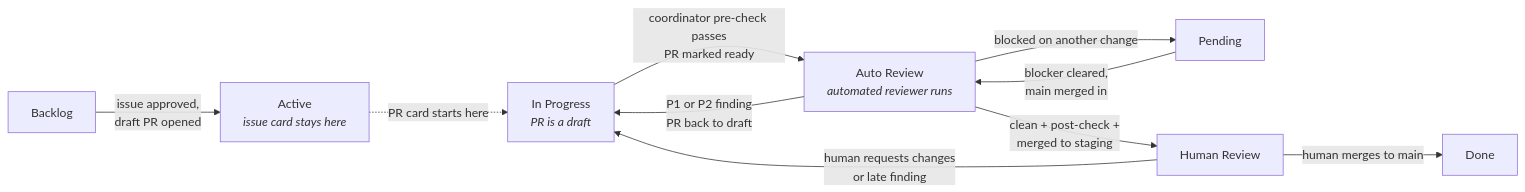
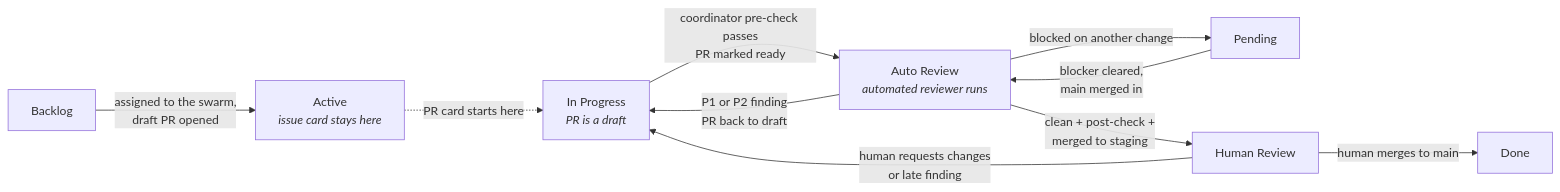
Before and after one commit to tangentcode/methodology: the diagram in diagrams-src/board.mmd, drawn with Mermaid. The commit also changed 9 other files, not shown here.

First line of the commit message:
Board: Active requires a swarm assignment and a real link

```diff
--- a/diagrams-src/board.mmd
+++ b/diagrams-src/board.mmd
@@ -1,10 +1,10 @@
 flowchart LR
-    B[Backlog] -->|issue approved,<br/>draft PR opened| AC[Active<br/><i>issue card stays here</i>]
+    B[Backlog] -->|assigned to the swarm,<br/>draft PR opened| AC[Active<br/><i>issue card stays here</i>]
     AC -.->|PR card starts here| IP[In Progress<br/><i>PR is a draft</i>]
     IP -->|coordinator pre-check passes<br/>PR marked ready| AR[Auto Review<br/><i>automated reviewer runs</i>]
     AR -->|P1 or P2 finding<br/>PR back to draft| IP
     AR -->|blocked on another change| P[Pending]
     P -->|blocker cleared,<br/>main merged in| AR
     AR -->|clean + post-check +<br/>merged to staging| HR[Human Review]
     HR -->|human requests changes<br/>or late finding| IP
     HR -->|human merges to main| D[Done]
```
